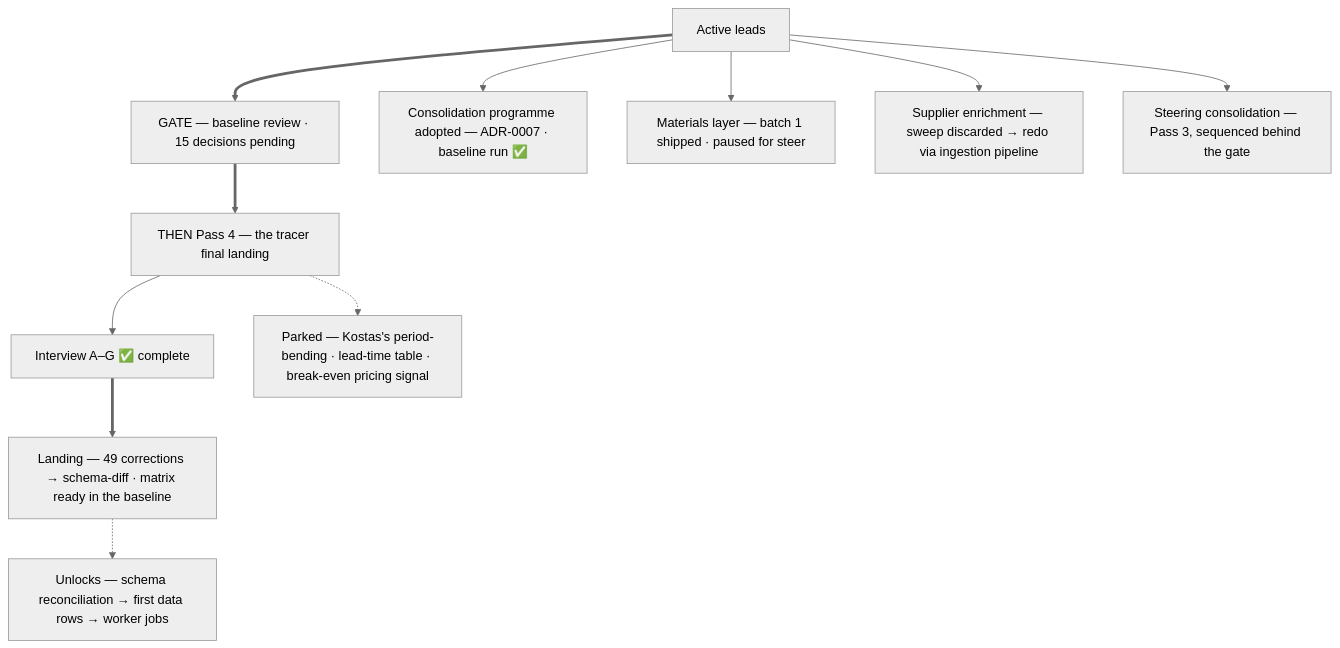
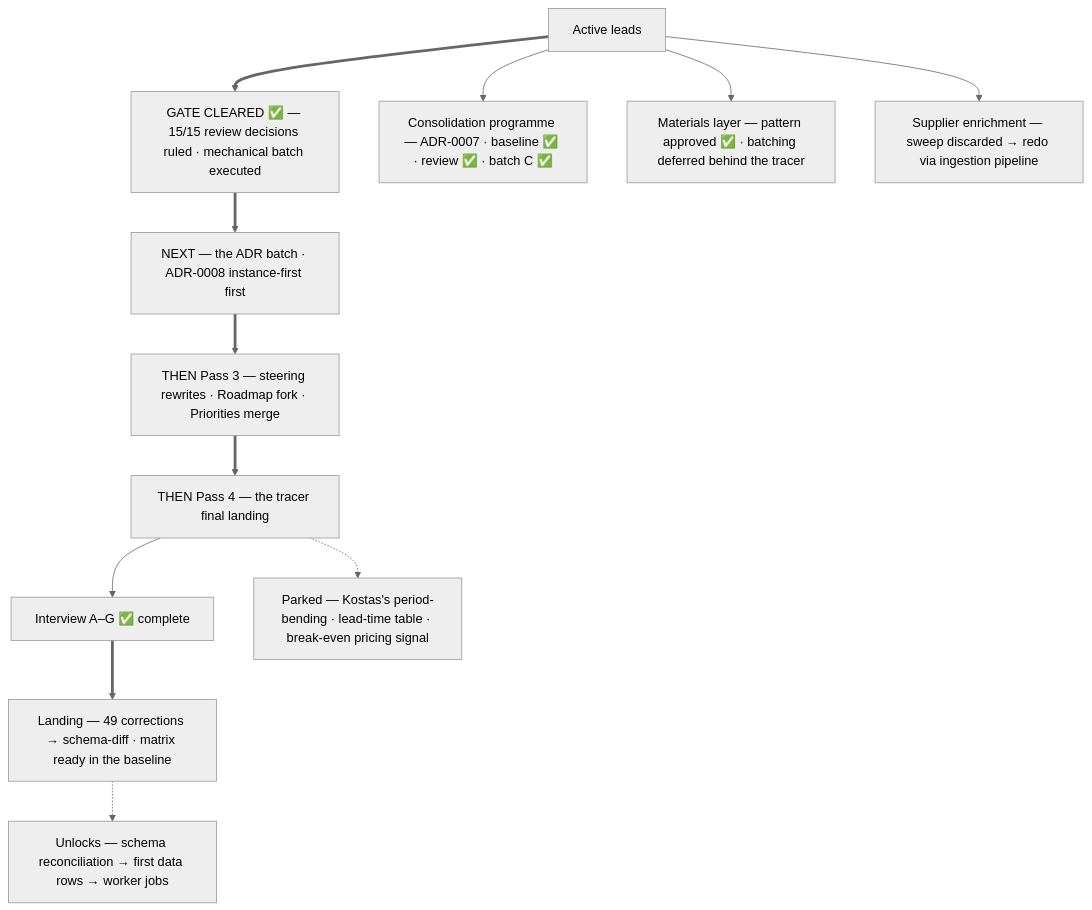
The fourth of 4 diagrams in README.md (OrfeasDelis/afoi-deli-vault), drawn with Mermaid (neutral theme) before and after one commit. The commit also changed other lines of this file and 37 other files, not shown here.

Commit message:
feat: §17 review ruled (15/15) + §16-C mechanical batch — registries recorded, redactions, banners, tooling hardened; analysis v1.5

````diff
--- a/README.md
+++ b/README.md
@@ -106,13 +106,14 @@
 ```mermaid
 graph TD
-    leads["Active leads"] ==> gate["GATE — baseline review · 15 decisions pending"]
-    gate ==> tracer["THEN Pass 4 — the tracer final landing"]
-    leads --> prog["Consolidation programme adopted — ADR-0007 · baseline run ✅"]
-    leads --> mat["Materials layer — batch 1 shipped · paused for steer"]
+    leads["Active leads"] ==> gate["GATE CLEARED ✅ — 15/15 review decisions ruled · mechanical batch executed"]
+    gate ==> adrs["NEXT — the ADR batch · ADR-0008 instance-first first"]
+    adrs ==> steer["THEN Pass 3 — steering rewrites · Roadmap fork · Priorities merge"]
+    steer ==> tracer["THEN Pass 4 — the tracer final landing"]
+    leads --> prog["Consolidation programme — ADR-0007 · baseline ✅ · review ✅ · batch C ✅"]
+    leads --> mat["Materials layer — pattern approved ✅ · batching deferred behind the tracer"]
     leads --> enr["Supplier enrichment — sweep discarded → redo via ingestion pipeline"]
-    leads --> steer["Steering consolidation — Pass 3, sequenced behind the gate"]
     tracer --> ta["Interview A–G ✅ complete"]
     ta ==> landing["Landing — 49 corrections → schema-diff · matrix ready in the baseline"]
     tracer -.-> parked["Parked — Kostas's period-bending · lead-time table · break-even pricing signal"]
     landing -.-> unlock["Unlocks — schema reconciliation → first data rows → worker jobs"]
 ```
````
